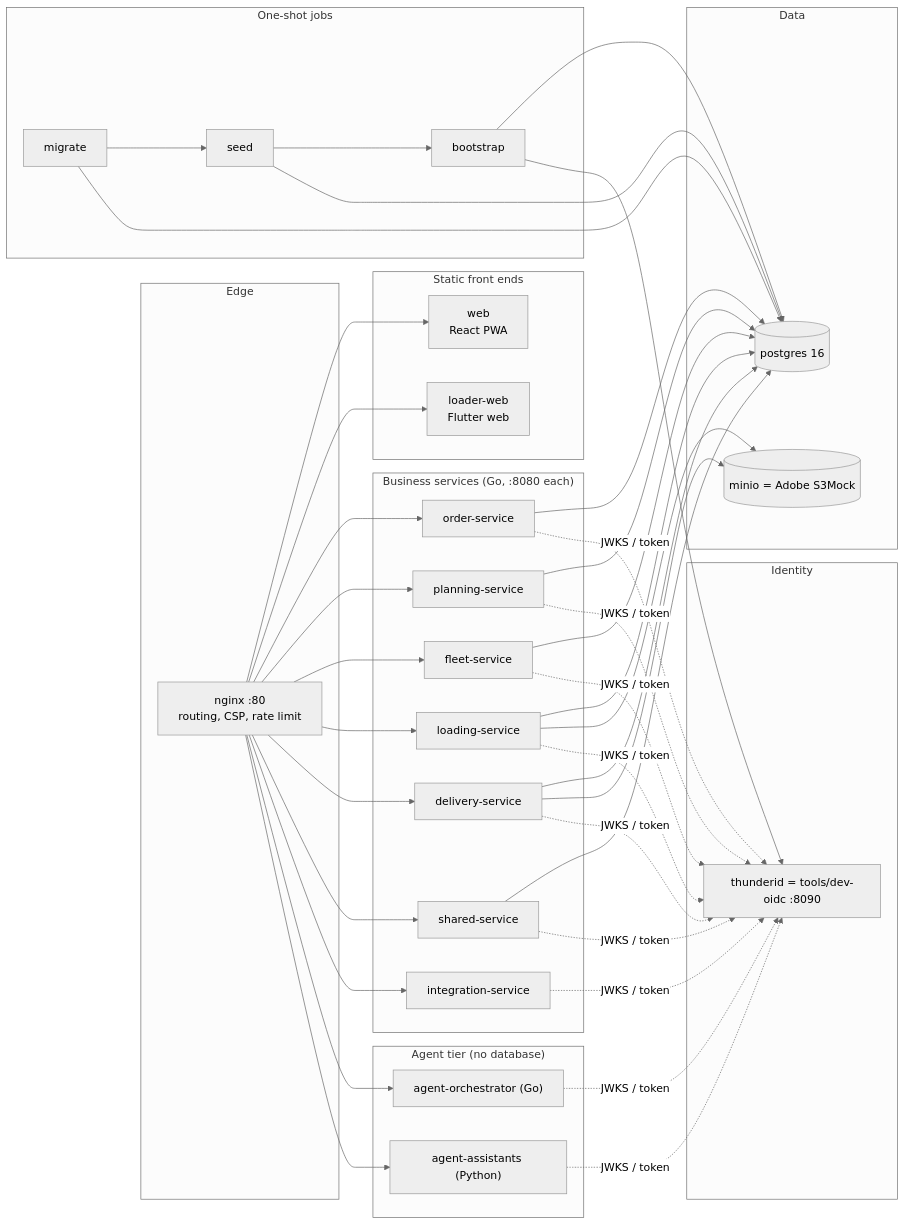
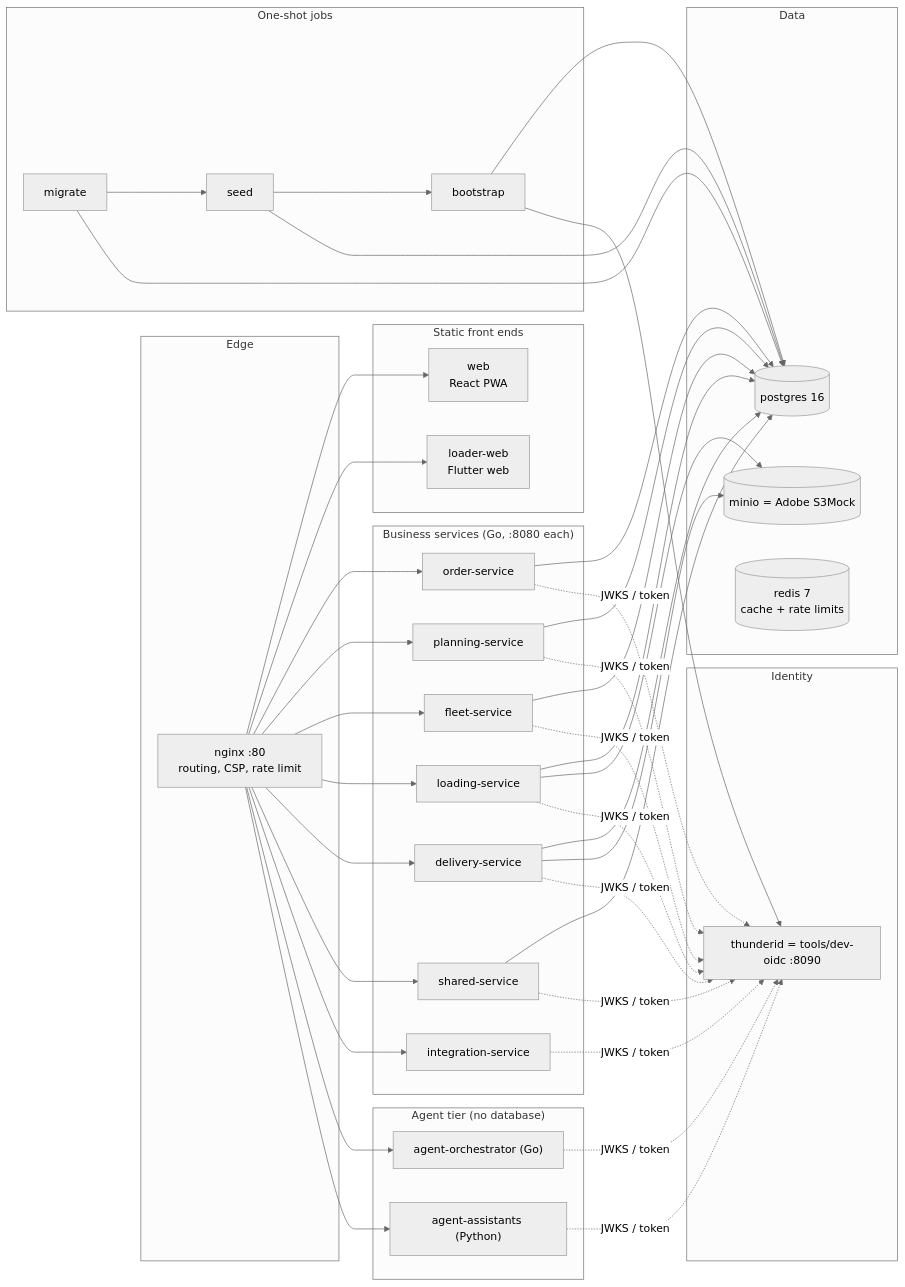
One commit to HasinduNimesh/ClapTac-tech-triathlon changed the third of 43 diagrams in docs/WAYPOINT_COMPLETE_DOCUMENTATION.md. Above: the diagram before and after it, drawn with Mermaid (neutral theme). The commit also changed other lines of this file and 25 other files, not shown here.

First line of the commit message:
Use Redis: per-user rate limits, remembered profiles, live run position

````diff
--- a/docs/WAYPOINT_COMPLETE_DOCUMENTATION.md
+++ b/docs/WAYPOINT_COMPLETE_DOCUMENTATION.md
@@ -225,45 +225,46 @@
 ```mermaid
 flowchart LR
     subgraph Edge
         NGINX["nginx :80<br/>routing, CSP, rate limit"]
     end
     subgraph Static["Static front ends"]
         WEB["web<br/>React PWA"]
         LOADER["loader-web<br/>Flutter web"]
     end
     subgraph Business["Business services (Go, :8080 each)"]
         ORD["order-service"]
         PLAN["planning-service"]
         FLEET["fleet-service"]
         LOAD["loading-service"]
         DELIV["delivery-service"]
         SHARED["shared-service"]
         INTEG["integration-service"]
     end
     subgraph Agent["Agent tier (no database)"]
         ORCH["agent-orchestrator (Go)"]
         ASSIST["agent-assistants (Python)"]
     end
     subgraph Data
         PG[("postgres 16")]
         S3[("minio = Adobe S3Mock")]
+        REDIS[("redis 7<br/>cache + rate limits")]
     end
     subgraph Identity
         THUNDER["thunderid = tools/dev-oidc :8090"]
     end
     subgraph OneShot["One-shot jobs"]
         MIG["migrate"] --> SEED["seed"] --> BOOT["bootstrap"]
     end
     NGINX --> WEB
     NGINX --> LOADER
     NGINX --> ORD & PLAN & FLEET & LOAD & DELIV & SHARED & INTEG
     NGINX --> ORCH
     NGINX --> ASSIST
     ORD & PLAN & FLEET & LOAD & DELIV & SHARED --> PG
     LOAD & DELIV --> S3
     MIG --> PG
     SEED --> PG
     BOOT --> PG
     BOOT --> THUNDER
     ORD & PLAN & FLEET & LOAD & DELIV & SHARED & INTEG & ORCH & ASSIST -. "JWKS / token" .-> THUNDER
 ```
````
